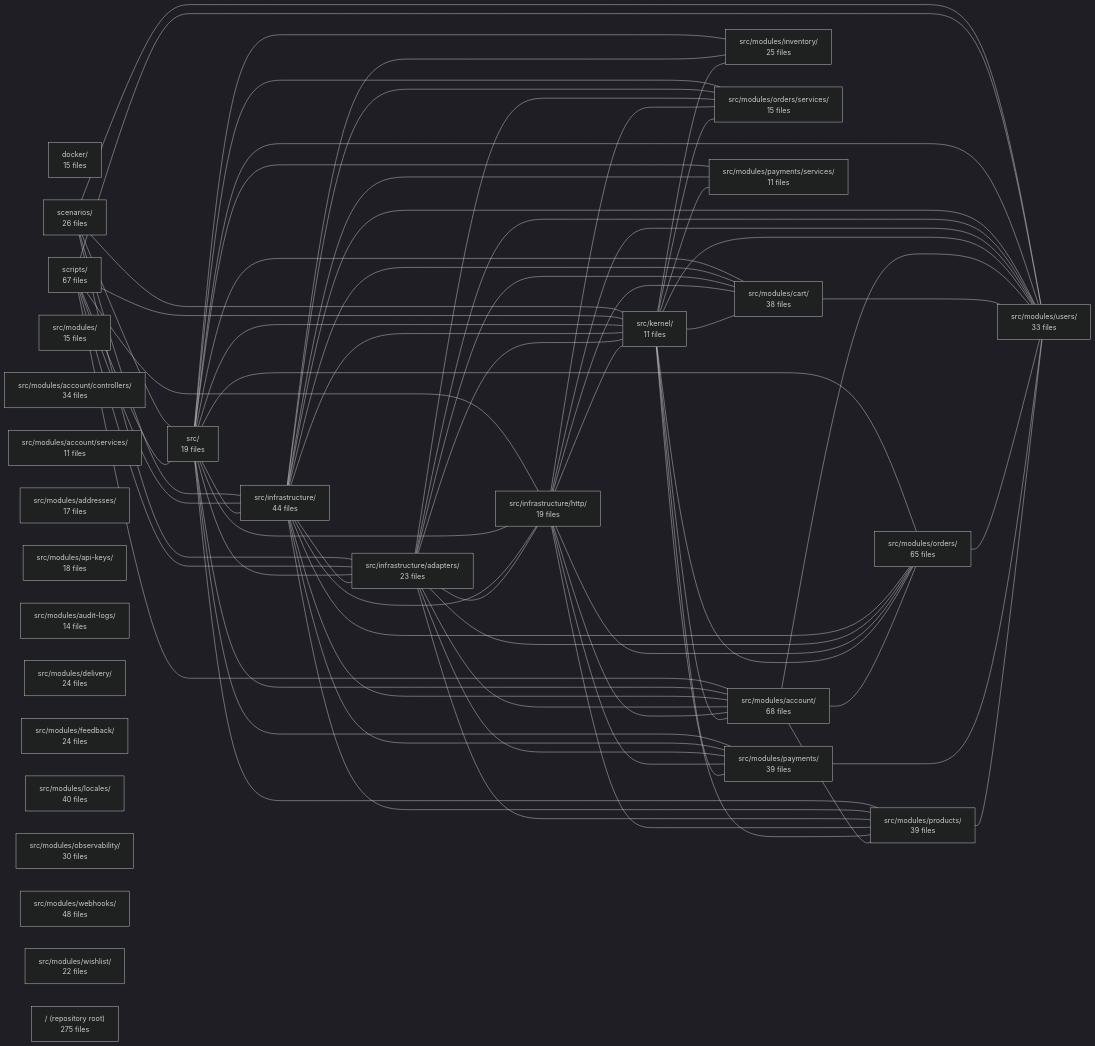
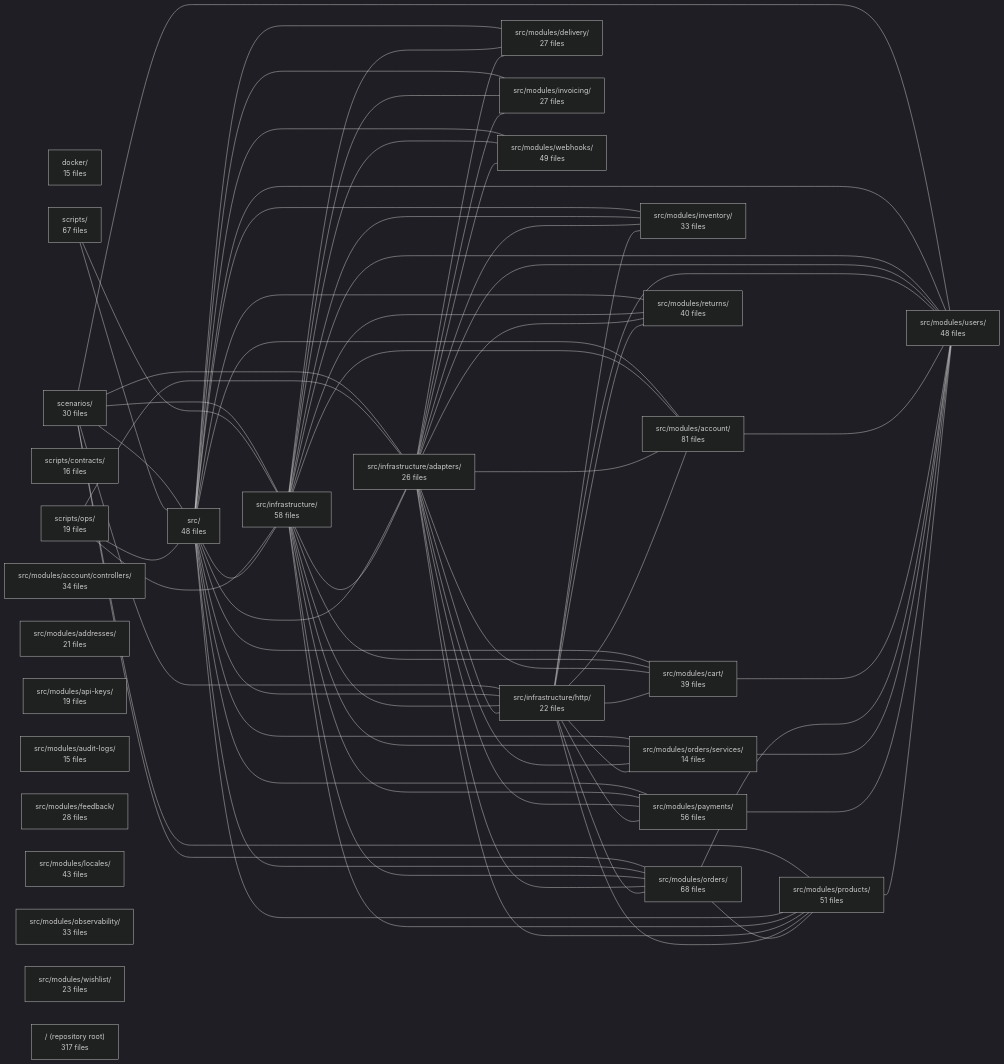
The diagram in .2brain/modules/boilerplate-node-backend_INDEX.md (Guebbit/boilerplate-node-backend), drawn with Mermaid (dark theme) before and after one commit. The commit also changed other lines of this file and 187 other files, not shown here.

````diff
--- a/.2brain/modules/boilerplate-node-backend_INDEX.md
+++ b/.2brain/modules/boilerplate-node-backend_INDEX.md
@@ -16,103 +16,103 @@
 ```mermaid
 flowchart LR
     m_docker["docker/<br/>15 files"]
-    m_scenarios["scenarios/<br/>26 files"]
+    m_scenarios["scenarios/<br/>30 files"]
     m_scripts["scripts/<br/>67 files"]
-    m_src["src/<br/>19 files"]
-    m_src_infrastructure["src/infrastructure/<br/>44 files"]
-    m_src_infrastructure_adapters["src/infrastructure/adapters/<br/>23 files"]
-    m_src_infrastructure_http["src/infrastructure/http/<br/>19 files"]
-    m_src_kernel["src/kernel/<br/>11 files"]
-    m_src_modules["src/modules/<br/>15 files"]
-    m_src_modules_account["src/modules/account/<br/>68 files"]
+    m_scripts_contracts["scripts/contracts/<br/>16 files"]
+    m_scripts_ops["scripts/ops/<br/>19 files"]
+    m_src["src/<br/>48 files"]
+    m_src_infrastructure["src/infrastructure/<br/>58 files"]
+    m_src_infrastructure_adapters["src/infrastructure/adapters/<br/>26 files"]
+    m_src_infrastructure_http["src/infrastructure/http/<br/>22 files"]
+    m_src_modules_account["src/modules/account/<br/>81 files"]
     m_src_modules_account_controllers["src/modules/account/controllers/<br/>34 files"]
-    m_src_modules_account_services["src/modules/account/services/<br/>11 files"]
-    m_src_modules_addresses["src/modules/addresses/<br/>17 files"]
-    m_src_modules_api_keys["src/modules/api-keys/<br/>18 files"]
-    m_src_modules_audit_logs["src/modules/audit-logs/<br/>14 files"]
-    m_src_modules_cart["src/modules/cart/<br/>38 files"]
-    m_src_modules_delivery["src/modules/delivery/<br/>24 files"]
-    m_src_modules_feedback["src/modules/feedback/<br/>24 files"]
-    m_src_modules_inventory["src/modules/inventory/<br/>25 files"]
-    m_src_modules_locales["src/modules/locales/<br/>40 files"]
-    m_src_modules_observability["src/modules/observability/<br/>30 files"]
-    m_src_modules_orders["src/modules/orders/<br/>65 files"]
-    m_src_modules_orders_services["src/modules/orders/services/<br/>15 files"]
-    m_src_modules_payments["src/modules/payments/<br/>39 files"]
-    m_src_modules_payments_services["src/modules/payments/services/<br/>11 files"]
-    m_src_modules_products["src/modules/products/<br/>39 files"]
-    m_src_modules_users["src/modules/users/<br/>33 files"]
-    m_src_modules_webhooks["src/modules/webhooks/<br/>48 files"]
-    m_src_modules_wishlist["src/modules/wishlist/<br/>22 files"]
-    m_root["/ (repository root)<br/>275 files"]
+    m_src_modules_addresses["src/modules/addresses/<br/>21 files"]
+    m_src_modules_api_keys["src/modules/api-keys/<br/>19 files"]
+    m_src_modules_audit_logs["src/modules/audit-logs/<br/>15 files"]
+    m_src_modules_cart["src/modules/cart/<br/>39 files"]
+    m_src_modules_delivery["src/modules/delivery/<br/>27 files"]
+    m_src_modules_feedback["src/modules/feedback/<br/>28 files"]
+    m_src_modules_inventory["src/modules/inventory/<br/>33 files"]
+    m_src_modules_invoicing["src/modules/invoicing/<br/>27 files"]
+    m_src_modules_locales["src/modules/locales/<br/>43 files"]
+    m_src_modules_observability["src/modules/observability/<br/>33 files"]
+    m_src_modules_orders["src/modules/orders/<br/>68 files"]
+    m_src_modules_orders_services["src/modules/orders/services/<br/>14 files"]
+    m_src_modules_payments["src/modules/payments/<br/>56 files"]
+    m_src_modules_products["src/modules/products/<br/>51 files"]
+    m_src_modules_returns["src/modules/returns/<br/>40 files"]
+    m_src_modules_users["src/modules/users/<br/>48 files"]
+    m_src_modules_webhooks["src/modules/webhooks/<br/>49 files"]
+    m_src_modules_wishlist["src/modules/wishlist/<br/>23 files"]
+    m_root["/ (repository root)<br/>317 files"]
     m_scenarios --- m_src
     m_scenarios --- m_src_infrastructure
     m_scenarios --- m_src_infrastructure_adapters
-    m_scenarios --- m_src_kernel
+    m_scenarios --- m_src_infrastructure_http
+    m_scenarios --- m_src_modules_orders
+    m_scenarios --- m_src_modules_products
     m_scenarios --- m_src_modules_users
     m_scripts --- m_src
     m_scripts --- m_src_infrastructure
-    m_scripts --- m_src_infrastructure_adapters
-    m_scripts --- m_src_infrastructure_http
-    m_scripts --- m_src_kernel
-    m_scripts --- m_src_modules_account
-    m_scripts --- m_src_modules_users
+    m_scripts_ops --- m_src
+    m_scripts_ops --- m_src_infrastructure
+    m_scripts_ops --- m_src_infrastructure_adapters
     m_src --- m_src_infrastructure
     m_src --- m_src_infrastructure_adapters
     m_src --- m_src_infrastructure_http
-    m_src --- m_src_kernel
     m_src --- m_src_modules_account
     m_src --- m_src_modules_cart
+    m_src --- m_src_modules_delivery
     m_src --- m_src_modules_inventory
+    m_src --- m_src_modules_invoicing
     m_src --- m_src_modules_orders
     m_src --- m_src_modules_orders_services
     m_src --- m_src_modules_payments
-    m_src --- m_src_modules_payments_services
     m_src --- m_src_modules_products
+    m_src --- m_src_modules_returns
     m_src --- m_src_modules_users
+    m_src --- m_src_modules_webhooks
     m_src_infrastructure --- m_src_infrastructure_adapters
     m_src_infrastructure --- m_src_infrastructure_http
-    m_src_infrastructure --- m_src_kernel
     m_src_infrastructure --- m_src_modules_account
     m_src_infrastructure --- m_src_modules_cart
+    m_src_infrastructure --- m_src_modules_delivery
     m_src_infrastructure --- m_src_modules_inventory
+    m_src_infrastructure --- m_src_modules_invoicing
     m_src_infrastructure --- m_src_modules_orders
     m_src_infrastructure --- m_src_modules_orders_services
     m_src_infrastructure --- m_src_modules_payments
-    m_src_infrastructure --- m_src_modules_payments_services
     m_src_infrastructure --- m_src_modules_products
+    m_src_infrastructure --- m_src_modules_returns
     m_src_infrastructure --- m_src_modules_users
+    m_src_infrastructure --- m_src_modules_webhooks
     m_src_infrastructure_adapters --- m_src_infrastructure_http
-    m_src_infrastructure_adapters --- m_src_kernel
     m_src_infrastructure_adapters --- m_src_modules_account
     m_src_infrastructure_adapters --- m_src_modules_cart
+    m_src_infrastructure_adapters --- m_src_modules_delivery
+    m_src_infrastructure_adapters --- m_src_modules_inventory
+    m_src_infrastructure_adapters --- m_src_modules_invoicing
     m_src_infrastructure_adapters --- m_src_modules_orders
     m_src_infrastructure_adapters --- m_src_modules_orders_services
     m_src_infrastructure_adapters --- m_src_modules_payments
     m_src_infrastructure_adapters --- m_src_modules_products
+    m_src_infrastructure_adapters --- m_src_modules_returns
     m_src_infrastructure_adapters --- m_src_modules_users
-    m_src_infrastructure_http --- m_src_kernel
+    m_src_infrastructure_adapters --- m_src_modules_webhooks
     m_src_infrastructure_http --- m_src_modules_account
     m_src_infrastructure_http --- m_src_modules_cart
+    m_src_infrastructure_http --- m_src_modules_inventory
     m_src_infrastructure_http --- m_src_modules_orders
     m_src_infrastructure_http --- m_src_modules_orders_services
     m_src_infrastructure_http --- m_src_modules_payments
     m_src_infrastructure_http --- m_src_modules_products
+    m_src_infrastructure_http --- m_src_modules_returns
     m_src_infrastructure_http --- m_src_modules_users
-    m_src_kernel --- m_src_modules_account
-    m_src_kernel --- m_src_modules_cart
-    m_src_kernel --- m_src_modules_inventory
-    m_src_kernel --- m_src_modules_orders
-    m_src_kernel --- m_src_modules_orders_services
-    m_src_kernel --- m_src_modules_payments
-    m_src_kernel --- m_src_modules_payments_services
-    m_src_kernel --- m_src_modules_products
-    m_src_kernel --- m_src_modules_users
-    m_src_modules_account --- m_src_modules_orders
-    m_src_modules_account --- m_src_modules_products
     m_src_modules_account --- m_src_modules_users
     m_src_modules_cart --- m_src_modules_users
+    m_src_modules_orders --- m_src_modules_products
     m_src_modules_orders --- m_src_modules_users
+    m_src_modules_orders_services --- m_src_modules_users
     m_src_modules_payments --- m_src_modules_users
     m_src_modules_products --- m_src_modules_users
 ```
````
